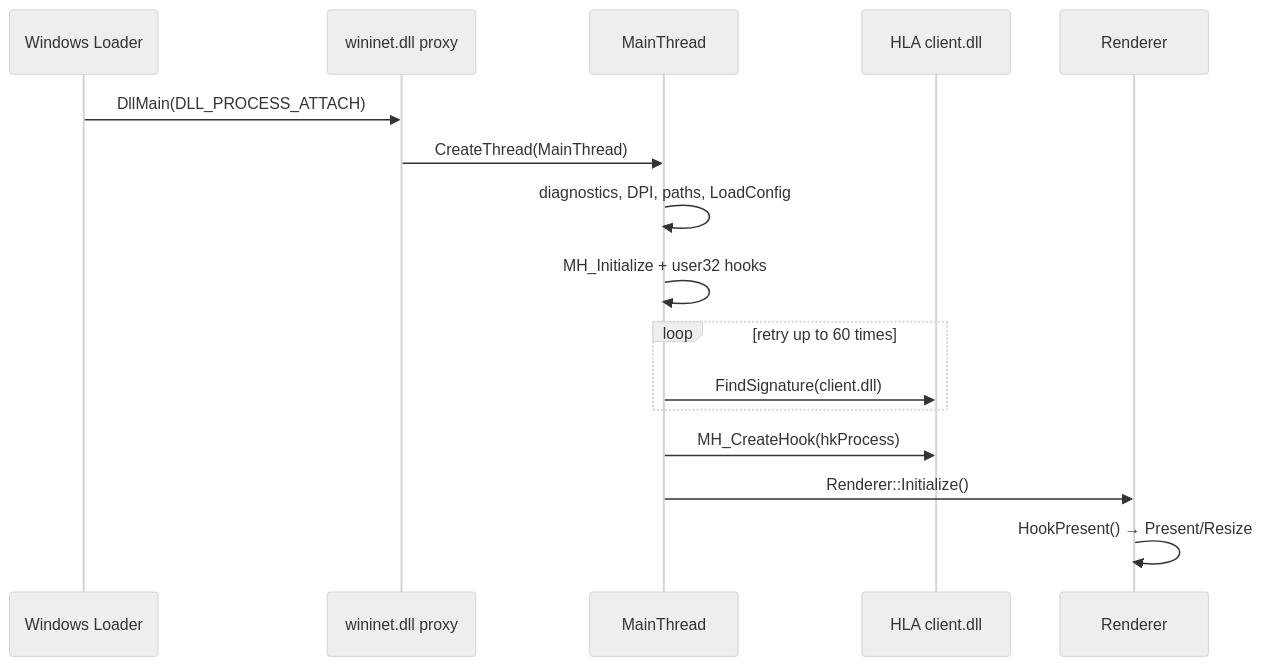
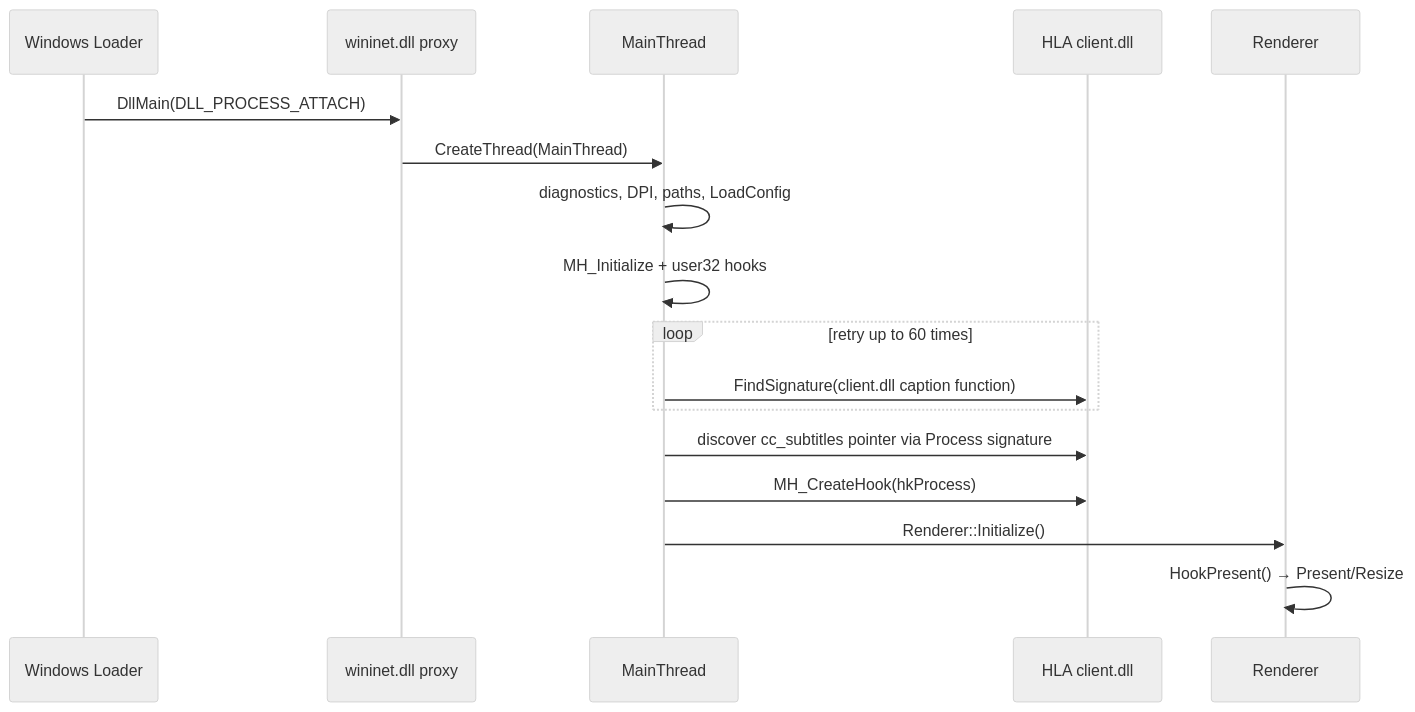
The first of 3 diagrams in docs/wiki/diagrams/sequences.md (majd-tqe/Hlyx-Caption), drawn with Mermaid (neutral theme) before and after one commit. The commit also changed other lines of this file and 22 other files, not shown here.

First line of the commit message:
respect cc_subtitles for SFX and update F11 caption hint

````diff
--- a/docs/wiki/diagrams/sequences.md
+++ b/docs/wiki/diagrams/sequences.md
@@ -5,19 +5,20 @@
 ```mermaid
 sequenceDiagram
     participant OS as Windows Loader
     participant DLL as wininet.dll proxy
     participant Main as MainThread
     participant Game as HLA client.dll
     participant RT as Renderer
 
     OS->>DLL: DllMain(DLL_PROCESS_ATTACH)
     DLL->>Main: CreateThread(MainThread)
     Main->>Main: diagnostics, DPI, paths, LoadConfig
     Main->>Main: MH_Initialize + user32 hooks
     loop retry up to 60 times
-        Main->>Game: FindSignature(client.dll)
+        Main->>Game: FindSignature(client.dll caption function)
     end
+    Main->>Game: discover cc_subtitles pointer via Process signature
     Main->>Game: MH_CreateHook(hkProcess)
     Main->>RT: Renderer::Initialize()
     RT->>RT: HookPresent() → Present/Resize
 ```
````
